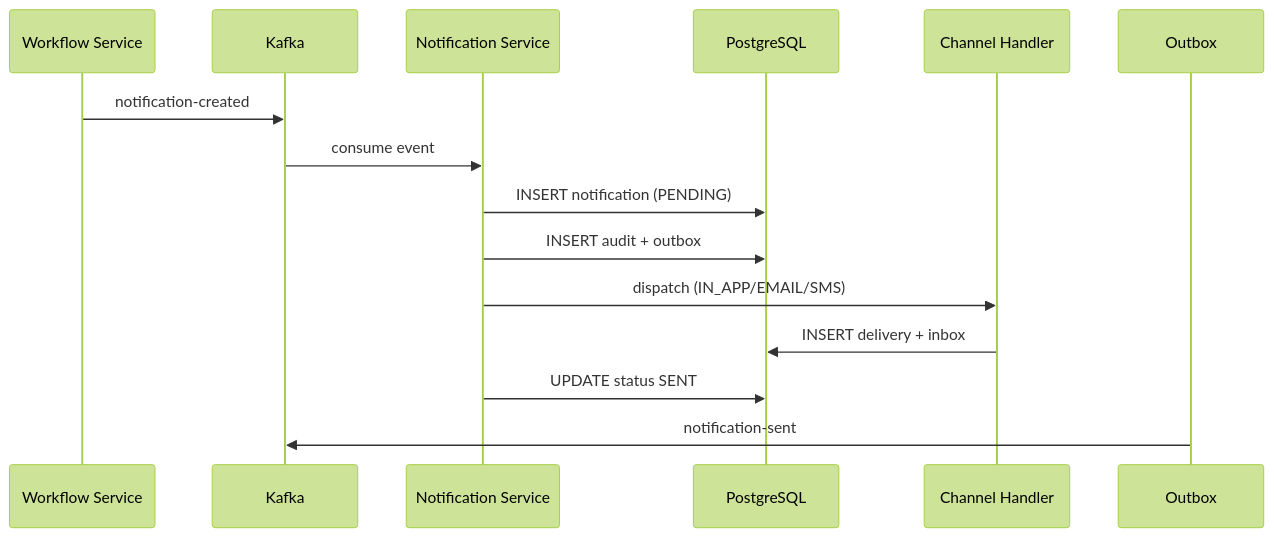
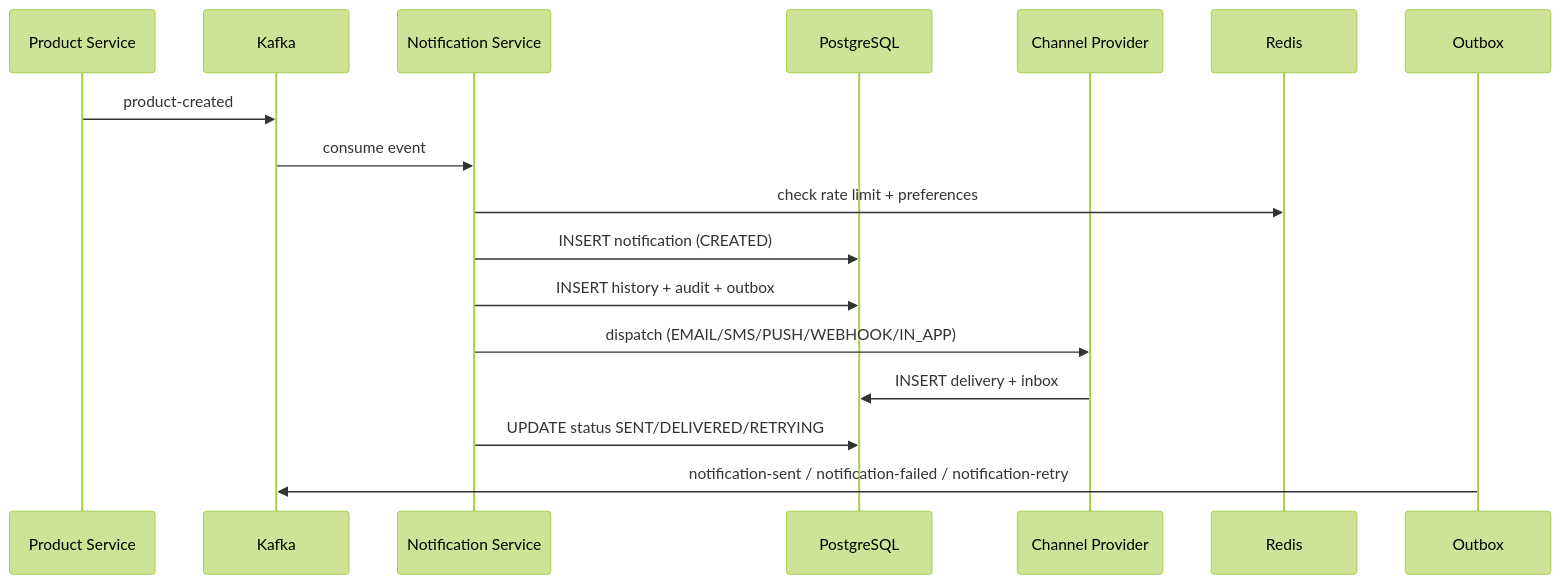
Before and after one commit to harypalkar/enterprise-marketplace: the second of 4 diagrams in docs/notification-service-architecture.md, drawn with Mermaid (forest theme). The commit also changed other lines of this file and 163 other files, not shown here.

````diff
--- a/docs/notification-service-architecture.md
+++ b/docs/notification-service-architecture.md
@@ -46,18 +58,20 @@
 ```mermaid
 sequenceDiagram
-    participant WF as Workflow Service
+    participant PS as Product Service
     participant Kafka
     participant NS as Notification Service
     participant DB as PostgreSQL
-    participant Channel as Channel Handler
+    participant Provider as Channel Provider
+    participant Redis
     participant Outbox
 
-    WF->>Kafka: notification-created
+    PS->>Kafka: product-created
     Kafka->>NS: consume event
-    NS->>DB: INSERT notification (PENDING)
-    NS->>DB: INSERT audit + outbox
-    NS->>Channel: dispatch (IN_APP/EMAIL/SMS)
-    Channel->>DB: INSERT delivery + inbox
-    NS->>DB: UPDATE status SENT
-    Outbox->>Kafka: notification-sent
+    NS->>Redis: check rate limit + preferences
+    NS->>DB: INSERT notification (CREATED)
+    NS->>DB: INSERT history + audit + outbox
+    NS->>Provider: dispatch (EMAIL/SMS/PUSH/WEBHOOK/IN_APP)
+    Provider->>DB: INSERT delivery + inbox
+    NS->>DB: UPDATE status SENT/DELIVERED/RETRYING
+    Outbox->>Kafka: notification-sent / notification-failed / notification-retry
 ```
````
